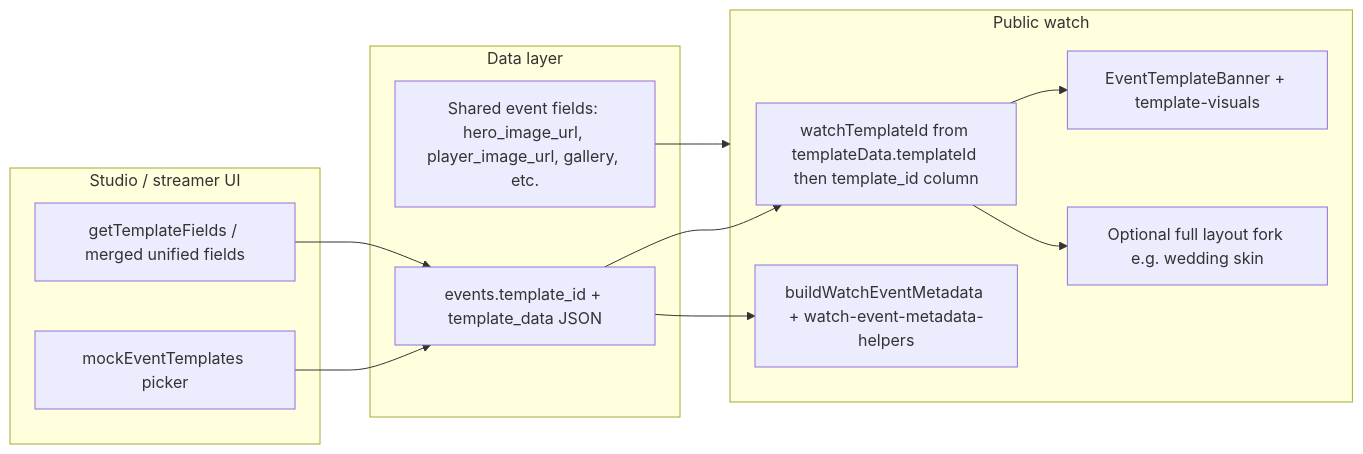
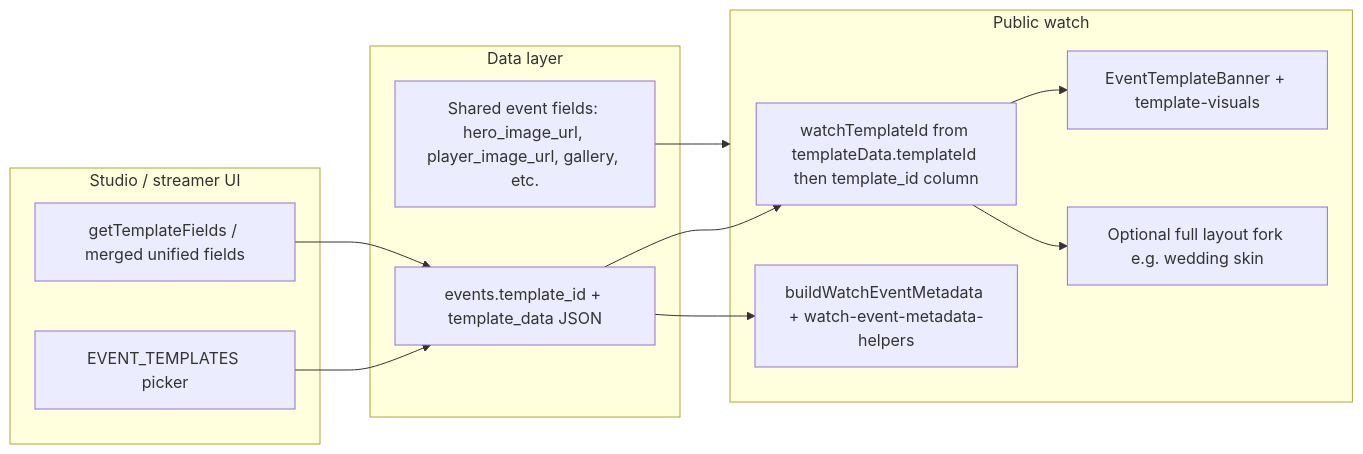
The diagram in docs/TEMPLATE_IMPLEMENTATION_PLAYBOOK.md (ofinit/streammattic-whitelabelled-live-streaming-platform), drawn with Mermaid before and after one commit. The commit also changed other lines of this file and 43 other files, not shown here.

First line of the commit message:
Remove demo flows and mock-data; add production admin seed script

````diff
--- a/docs/TEMPLATE_IMPLEMENTATION_PLAYBOOK.md
+++ b/docs/TEMPLATE_IMPLEMENTATION_PLAYBOOK.md
@@ -5,24 +5,24 @@
 ```mermaid
 flowchart LR
   subgraph data [Data layer]
     EventsTable["events.template_id + template_data JSON"]
     SharedMedia["Shared event fields: hero_image_url, player_image_url, gallery, etc."]
   end
   subgraph studio [Studio / streamer UI]
-    Picker["mockEventTemplates picker"]
+    Picker["EVENT_TEMPLATES picker"]
     FormFields["getTemplateFields / merged unified fields"]
   end
   subgraph watch [Public watch]
     ResolveId["watchTemplateId from templateData.templateId then template_id column"]
     Banner["EventTemplateBanner + template-visuals"]
     LayoutFork["Optional full layout fork e.g. wedding skin"]
     Meta["buildWatchEventMetadata + watch-event-metadata-helpers"]
   end
   EventsTable --> ResolveId
   SharedMedia --> watch
   Picker --> EventsTable
   FormFields --> EventsTable
   ResolveId --> Banner
   ResolveId --> LayoutFork
   EventsTable --> Meta
 ```
````
